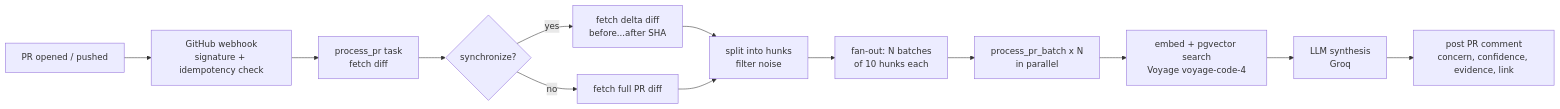
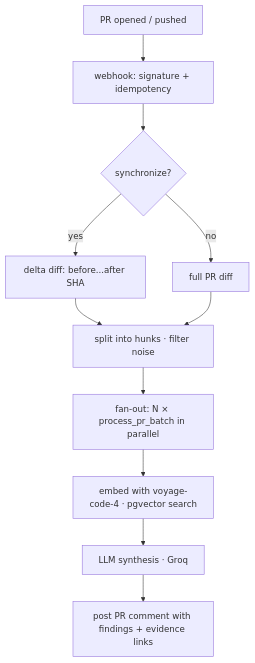
Before and after one commit to sprahasingh/CodeLens: the diagram in README.md, drawn with Mermaid. The commit also changed other lines of this file, not shown here.

Commit message:
add table of contents, improve architecture diagram layout

````diff
--- a/README.md
+++ b/README.md
@@ -17,14 +30,12 @@
 ```mermaid
-flowchart LR
-    A[PR opened / pushed] --> B[GitHub webhook\nsignature + idempotency check]
-    B --> C[process_pr task\nfetch diff]
-    C --> D{synchronize?}
-    D -- yes --> E[fetch delta diff\nbefore...after SHA]
-    D -- no --> F[fetch full PR diff]
-    E & F --> G[split into hunks\nfilter noise]
-    G --> H[fan-out: N batches\nof 10 hunks each]
-    H --> I[process_pr_batch x N\nin parallel]
-    I --> J[embed + pgvector search\nVoyage voyage-code-4]
-    J --> K[LLM synthesis\nGroq]
-    K --> L[post PR comment\nconcern, confidence, evidence, link]
+flowchart TD
+    A[PR opened / pushed] --> B[webhook: signature + idempotency]
+    B --> C{synchronize?}
+    C -- yes --> D[delta diff: before...after SHA]
+    C -- no --> E[full PR diff]
+    D & E --> F[split into hunks · filter noise]
+    F --> G[fan-out: N × process_pr_batch in parallel]
+    G --> H[embed with voyage-code-4 · pgvector search]
+    H --> I[LLM synthesis · Groq]
+    I --> J[post PR comment with findings + evidence links]
 ```
````
